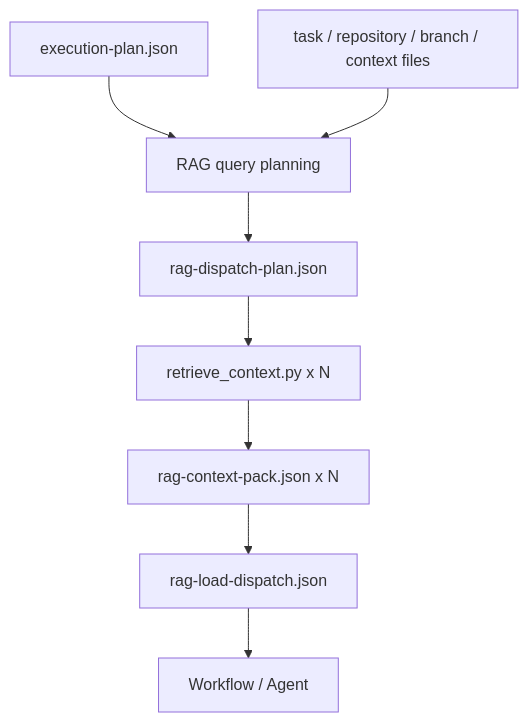
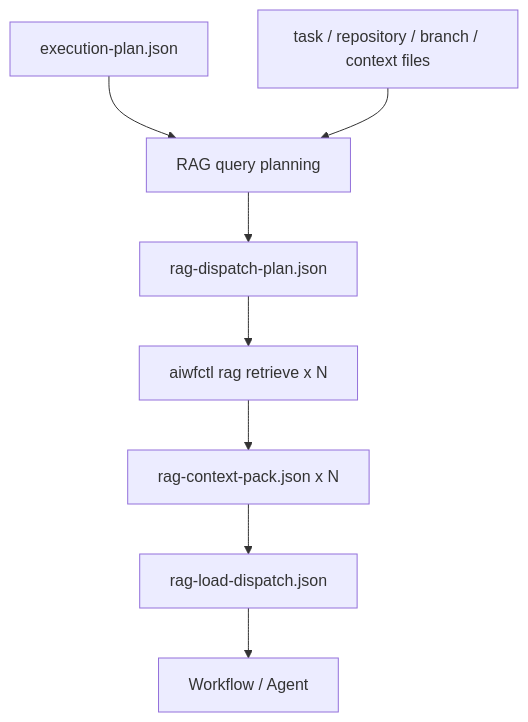
One commit to inabako/ariadne-ai-workflow-platform changed the third of 4 diagrams in docs/diagrams/dispatcher-workflow-map.md. Above: the diagram before and after it, drawn with Mermaid. The commit also changed 104 other files, not shown here.

````diff
--- a/docs/diagrams/dispatcher-workflow-map.md
+++ b/docs/diagrams/dispatcher-workflow-map.md
@@ -177,10 +177,10 @@
 ```mermaid
 flowchart TD
   ExecPlan[execution-plan.json] --> QueryPlan[RAG query planning]
   Task[task / repository / branch / context files] --> QueryPlan
   QueryPlan --> RagPlan[rag-dispatch-plan.json]
-  RagPlan --> Retrieve[retrieve_context.py x N]
+  RagPlan --> Retrieve[aiwfctl rag retrieve x N]
   Retrieve --> Packs[rag-context-pack.json x N]
   Packs --> Aggregate[rag-load-dispatch.json]
   Aggregate --> Workflow[Workflow / Agent]
 ```
````
